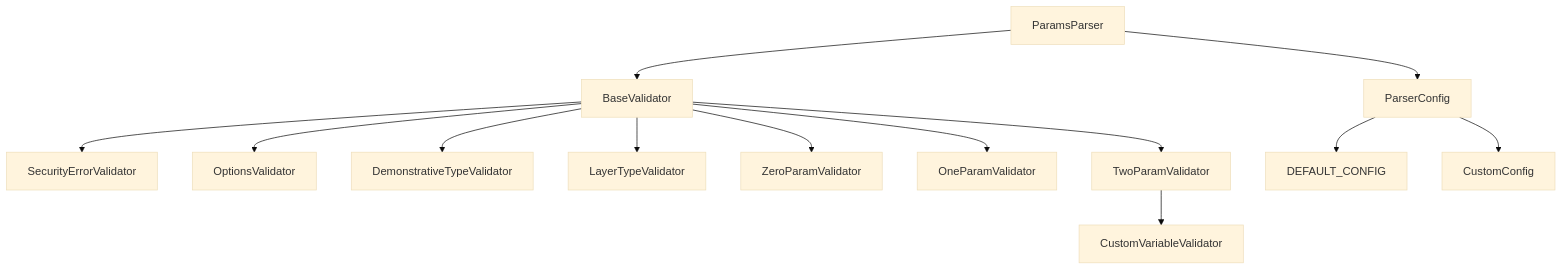
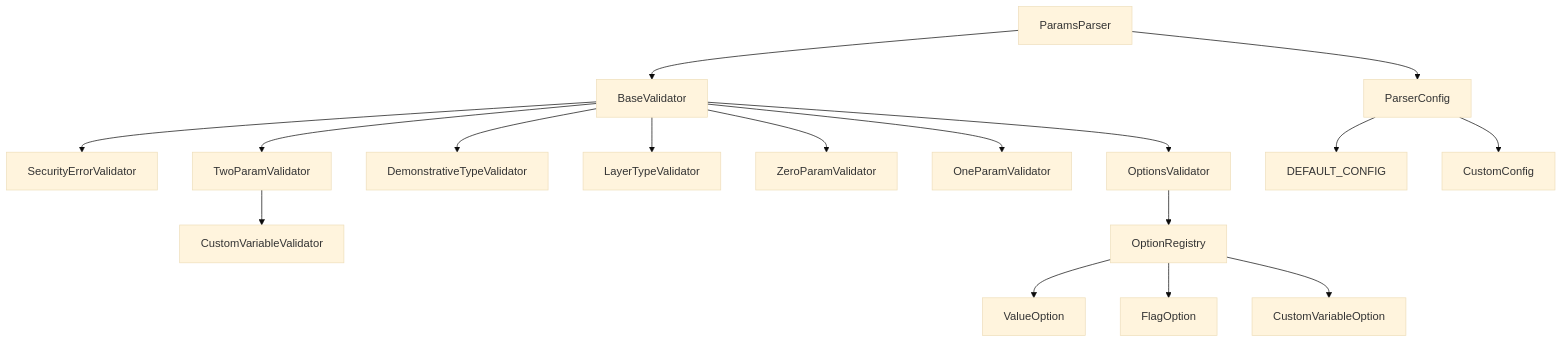
Before and after one commit to tettuan/breakdownparams: the first of 10 diagrams in docs/architecture/layer2_diagrams.ja.md, drawn with Mermaid (base theme). The commit also changed other lines of this file and 123 other files, not shown here.

Commit message:
feat: implement option system architecture - Add option types, registry, tests and update docs

````diff
--- a/docs/architecture/layer2_diagrams.ja.md
+++ b/docs/architecture/layer2_diagrams.ja.md
@@ -7,17 +7,23 @@
 ```mermaid
 graph TD
     A[ParamsParser] --> B[BaseValidator]
     B --> C[SecurityErrorValidator]
     B --> D[OptionsValidator]
     B --> E[DemonstrativeTypeValidator]
     B --> F[LayerTypeValidator]
     B --> G[ZeroParamValidator]
     B --> H[OneParamValidator]
     B --> I[TwoParamValidator]
     
     A --> J[ParserConfig]
     J --> K[DEFAULT_CONFIG]
     J --> L[CustomConfig]
     
     I --> M[CustomVariableValidator]
+
+    N[OptionRegistry] --> O[ValueOption]
+    N --> P[FlagOption]
+    N --> Q[CustomVariableOption]
+    
+    D --> N
 ```
````
